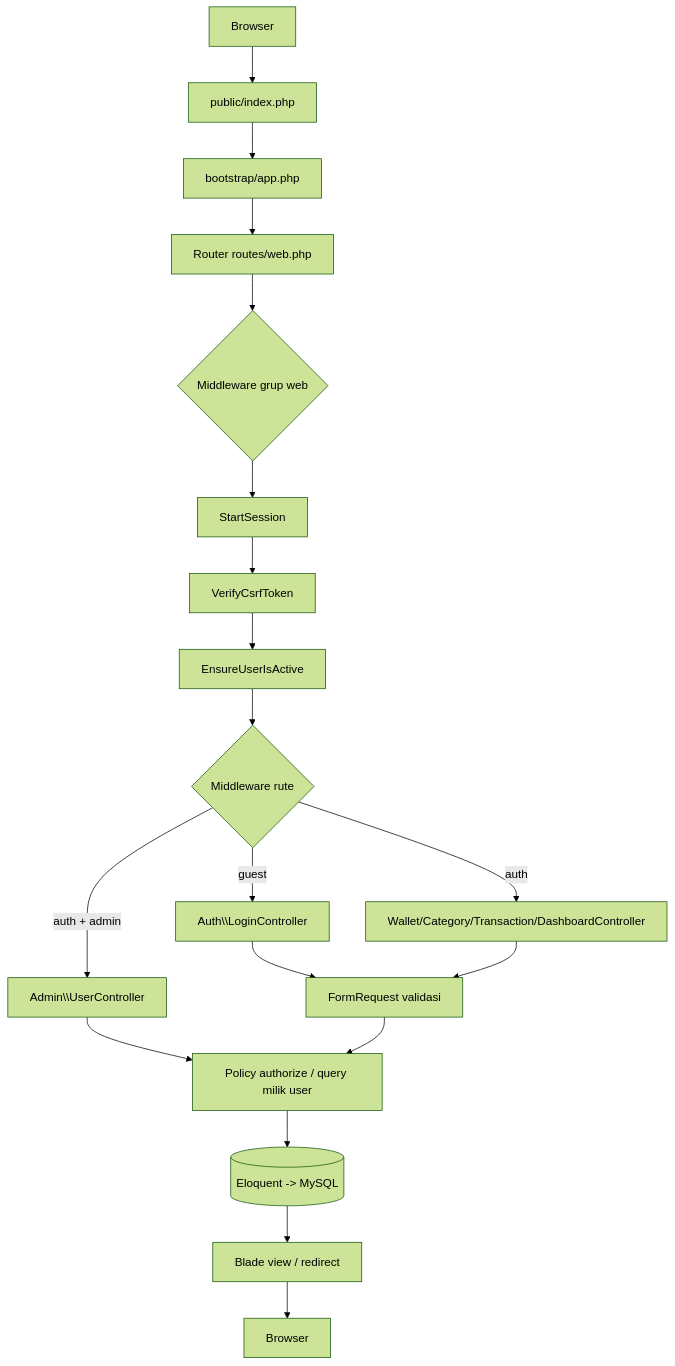
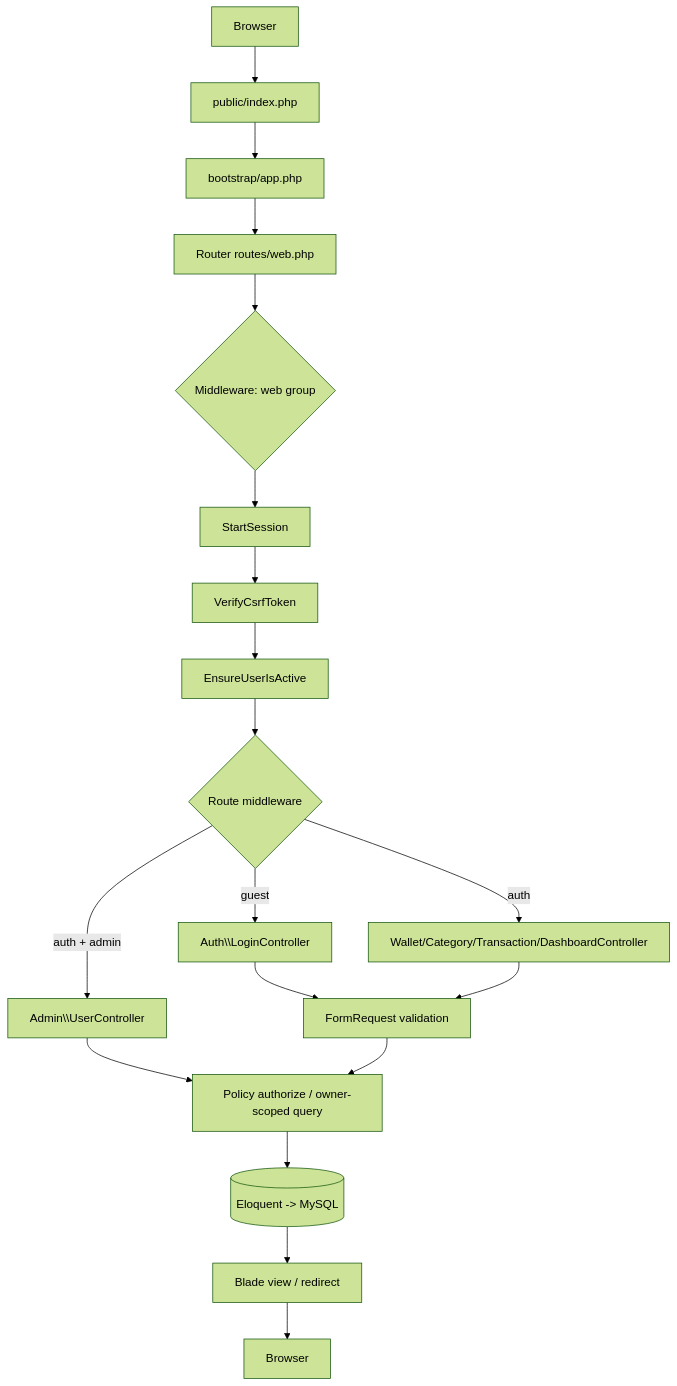
One commit to RZID/24120310004-ramadhanu-catatku changed the diagram in docs/architecture.md. Above: the diagram before and after it, drawn with Mermaid (forest theme). The commit also changed other lines of this file and 6 other files, not shown here.

````diff
--- a/docs/architecture.md
+++ b/docs/architecture.md
@@ -9,21 +9,21 @@
 ```mermaid
 flowchart TD
     A[Browser] --> B[public/index.php]
     B --> C[bootstrap/app.php]
     C --> D[Router routes/web.php]
-    D --> E{Middleware grup web}
+    D --> E{Middleware: web group}
     E --> E1[StartSession]
     E1 --> E2[VerifyCsrfToken]
     E2 --> E3[EnsureUserIsActive]
-    E3 --> E4{Middleware rute}
+    E3 --> E4{Route middleware}
     E4 -->|guest| F1[Auth\\LoginController]
     E4 -->|auth| F2[Wallet/Category/Transaction/DashboardController]
     E4 -->|auth + admin| F3[Admin\\UserController]
-    F1 --> G[FormRequest validasi]
+    F1 --> G[FormRequest validation]
     F2 --> G
-    F3 --> H[Policy authorize / query milik user]
+    F3 --> H[Policy authorize / owner-scoped query]
     G --> H
     H --> I[(Eloquent -> MySQL)]
     I --> J[Blade view / redirect]
     J --> K[Browser]
 ```
````
